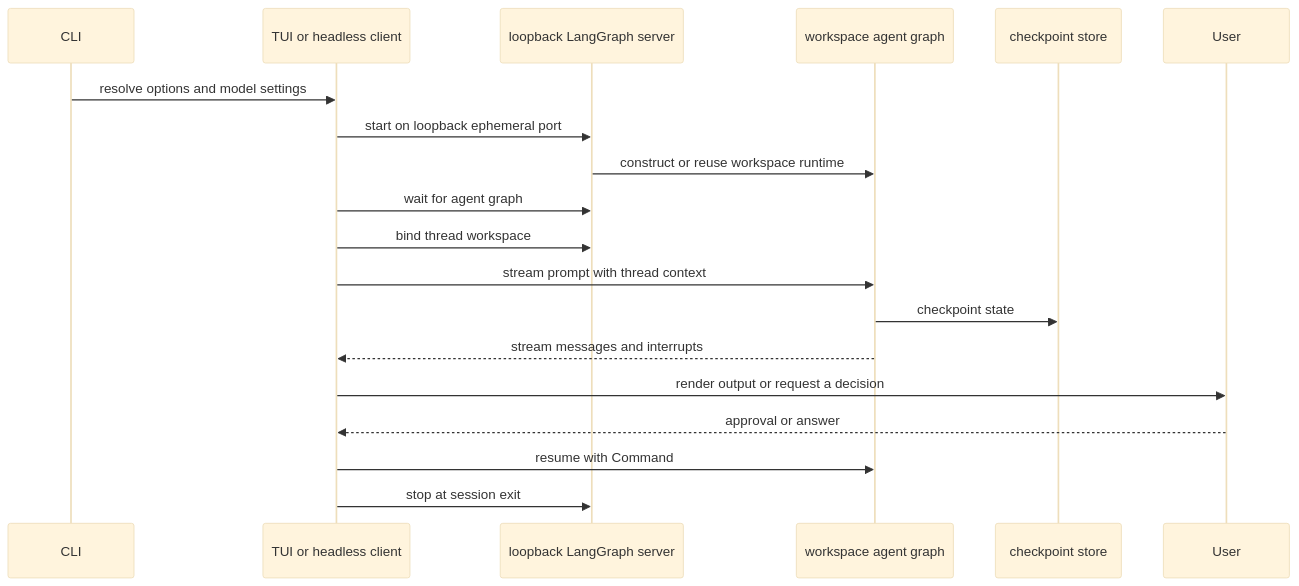
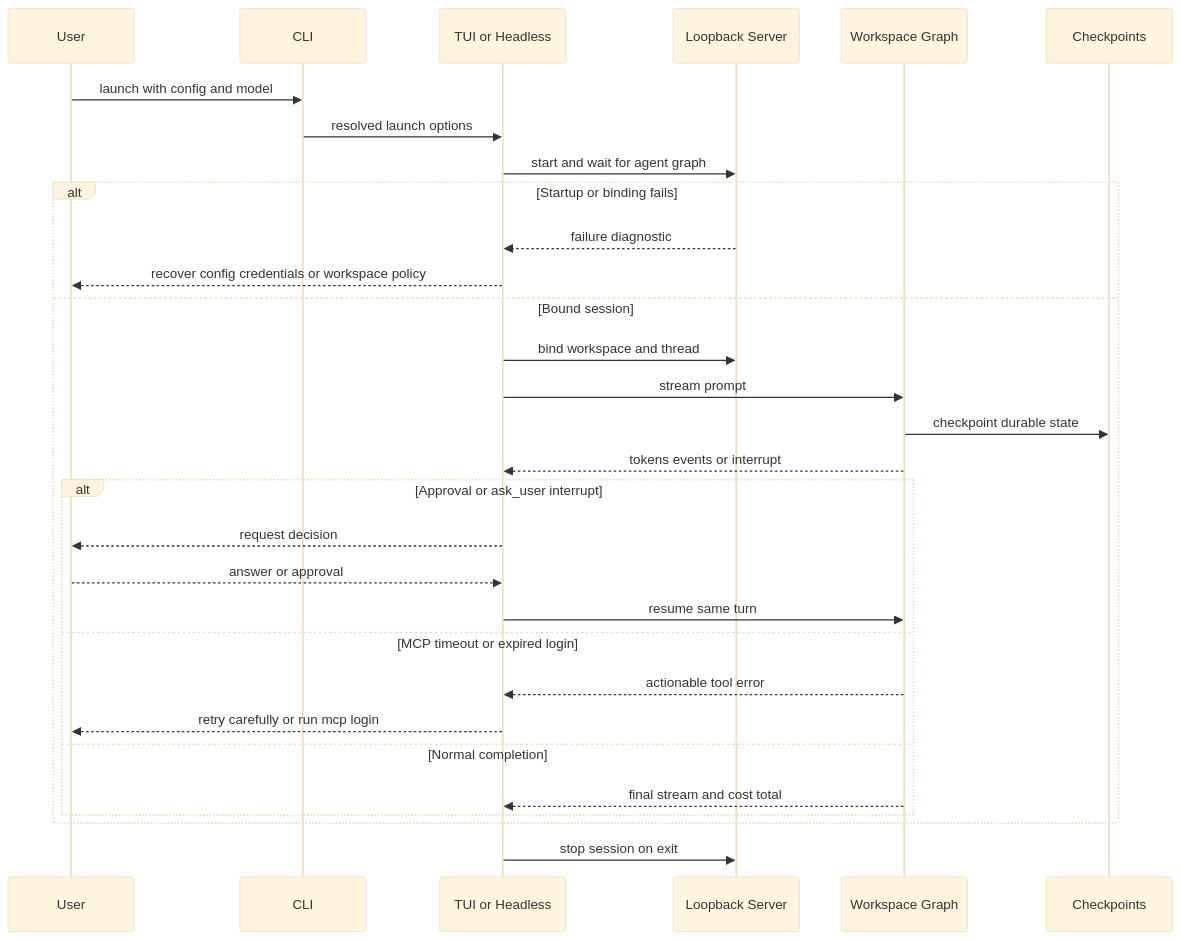
One commit to langchain-ai/deepagents changed the diagram in openwiki/workflows/run-dcode-session.md. Above: the diagram before and after it, drawn with Mermaid (base theme). The commit also changed other lines of this file and 39 other files, not shown here.

````diff
--- a/openwiki/workflows/run-dcode-session.md
+++ b/openwiki/workflows/run-dcode-session.md
@@ -76,21 +86,32 @@
 ```mermaid
 sequenceDiagram
+    participant User
     participant CLI
-    participant Client as TUI or headless client
-    participant Server as loopback LangGraph server
-    participant Graph as workspace agent graph
-    participant Store as checkpoint store
-    participant User
-    CLI->>Client: resolve options and model settings
-    Client->>Server: start on loopback ephemeral port
-    Server->>Graph: construct or reuse workspace runtime
-    Client->>Server: wait for agent graph
-    Client->>Server: bind thread workspace
-    Client->>Graph: stream prompt with thread context
-    Graph->>Store: checkpoint state
-    Graph-->>Client: stream messages and interrupts
-    Client->>User: render output or request a decision
-    User-->>Client: approval or answer
-    Client->>Graph: resume with Command
-    Client->>Server: stop at session exit
+    participant Client as TUI or Headless
+    participant Server as Loopback Server
+    participant Graph as Workspace Graph
+    participant Store as Checkpoints
+    User->>CLI: launch with config and model
+    CLI->>Client: resolved launch options
+    Client->>Server: start and wait for agent graph
+    alt Startup or binding fails
+        Server-->>Client: failure diagnostic
+        Client-->>User: recover config credentials or workspace policy
+    else Bound session
+        Client->>Server: bind workspace and thread
+        Client->>Graph: stream prompt
+        Graph->>Store: checkpoint durable state
+        Graph-->>Client: tokens events or interrupt
+        alt Approval or ask_user interrupt
+            Client-->>User: request decision
+            User-->>Client: answer or approval
+            Client->>Graph: resume same turn
+        else MCP timeout or expired login
+            Graph-->>Client: actionable tool error
+            Client-->>User: retry carefully or run mcp login
+        else Normal completion
+            Graph-->>Client: final stream and cost total
+        end
+    end
+    Client->>Server: stop session on exit
 ```
````
